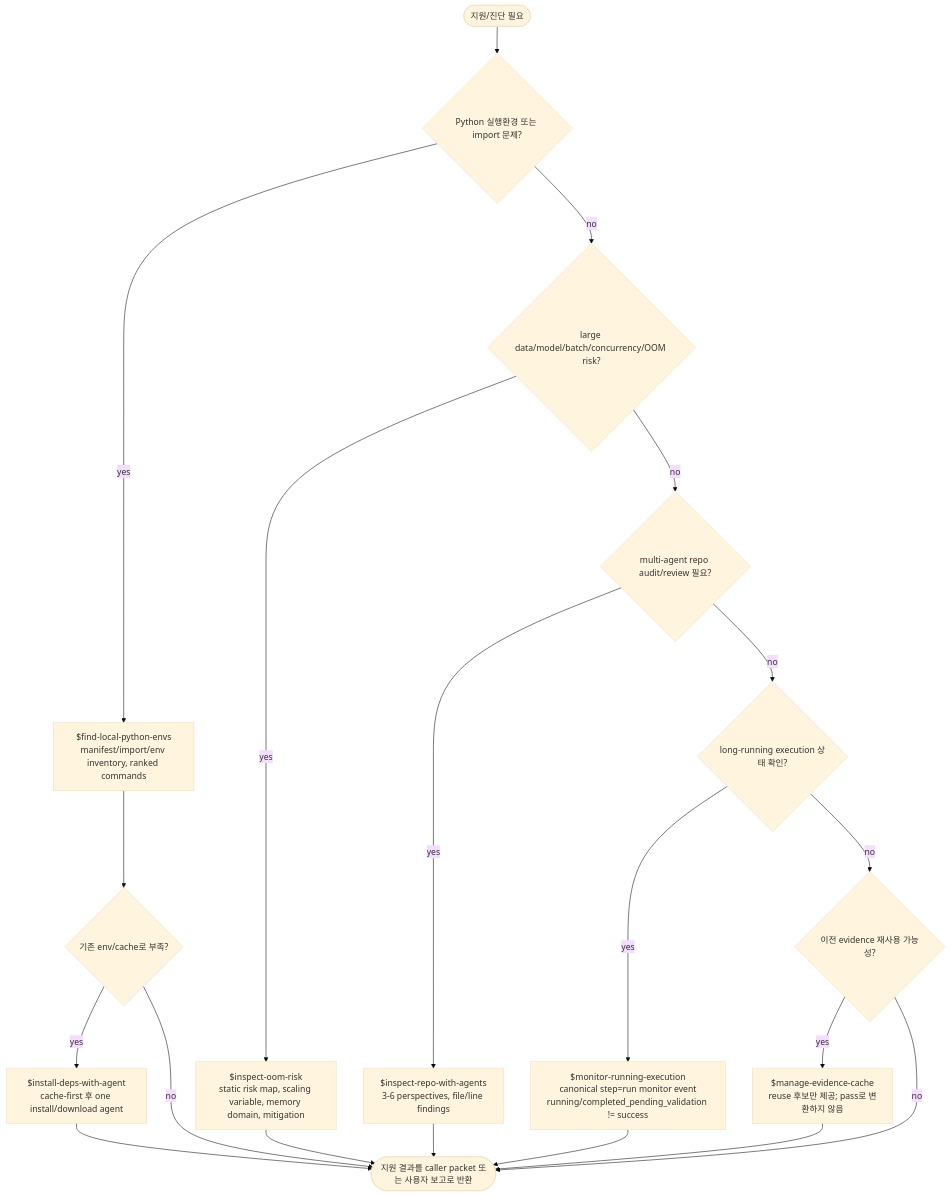
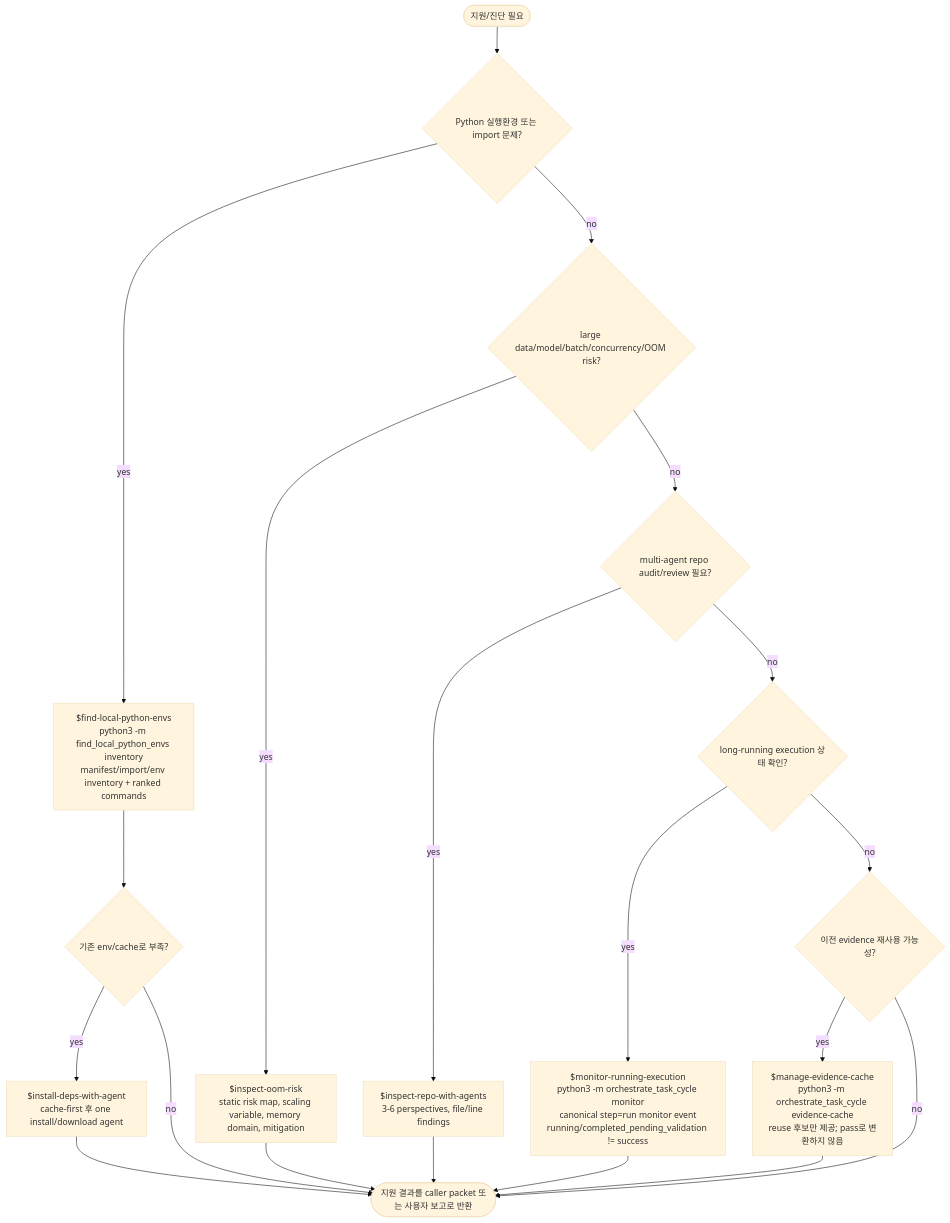
One commit to sw1029/workflow_swfool changed the seventh of 9 diagrams in README.md. Above: the diagram before and after it, drawn with Mermaid (base theme). The commit also changed other lines of this file and 742 other files, not shown here.

Commit message:
Refactor skill scripts and update flowcharts

````diff
--- a/README.md
+++ b/README.md
@@ -309,31 +418,31 @@
 ```mermaid
 flowchart TD
   Need([지원/진단 필요])
   PythonNeed{"Python 실행환경 또는 import 문제?"}
-  Env["$find-local-python-envs<br/>manifest/import/env inventory, ranked commands"]
+  Env["$find-local-python-envs<br/>python3 -m find_local_python_envs inventory<br/>manifest/import/env inventory + ranked commands"]
   InstallNeed{"기존 env/cache로 부족?"}
   Install["$install-deps-with-agent<br/>cache-first 후 one install/download agent"]
   OOMNeed{"large data/model/batch/concurrency/OOM risk?"}
   OOM["$inspect-oom-risk<br/>static risk map, scaling variable, memory domain, mitigation"]
   RepoReviewNeed{"multi-agent repo audit/review 필요?"}
   RepoReview["$inspect-repo-with-agents<br/>3-6 perspectives, file/line findings"]
   RunNeed{"long-running execution 상태 확인?"}
-  Monitor["$monitor-running-execution<br/>canonical step=run monitor event<br/>running/completed_pending_validation != success"]
+  Monitor["$monitor-running-execution<br/>python3 -m orchestrate_task_cycle monitor<br/>canonical step=run monitor event<br/>running/completed_pending_validation != success"]
   EvidenceNeed{"이전 evidence 재사용 가능성?"}
-  Cache["$manage-evidence-cache<br/>reuse 후보만 제공; pass로 변환하지 않음"]
+  Cache["$manage-evidence-cache<br/>python3 -m orchestrate_task_cycle evidence-cache<br/>reuse 후보만 제공; pass로 변환하지 않음"]
   Output([지원 결과를 caller packet 또는 사용자 보고로 반환])
 
   Need --> PythonNeed
   PythonNeed -- yes --> Env --> InstallNeed
   InstallNeed -- yes --> Install --> Output
   InstallNeed -- no --> Output
   PythonNeed -- no --> OOMNeed
   OOMNeed -- yes --> OOM --> Output
   OOMNeed -- no --> RepoReviewNeed
   RepoReviewNeed -- yes --> RepoReview --> Output
   RepoReviewNeed -- no --> RunNeed
   RunNeed -- yes --> Monitor --> Output
   RunNeed -- no --> EvidenceNeed
   EvidenceNeed -- yes --> Cache --> Output
   EvidenceNeed -- no --> Output
 ```
````
